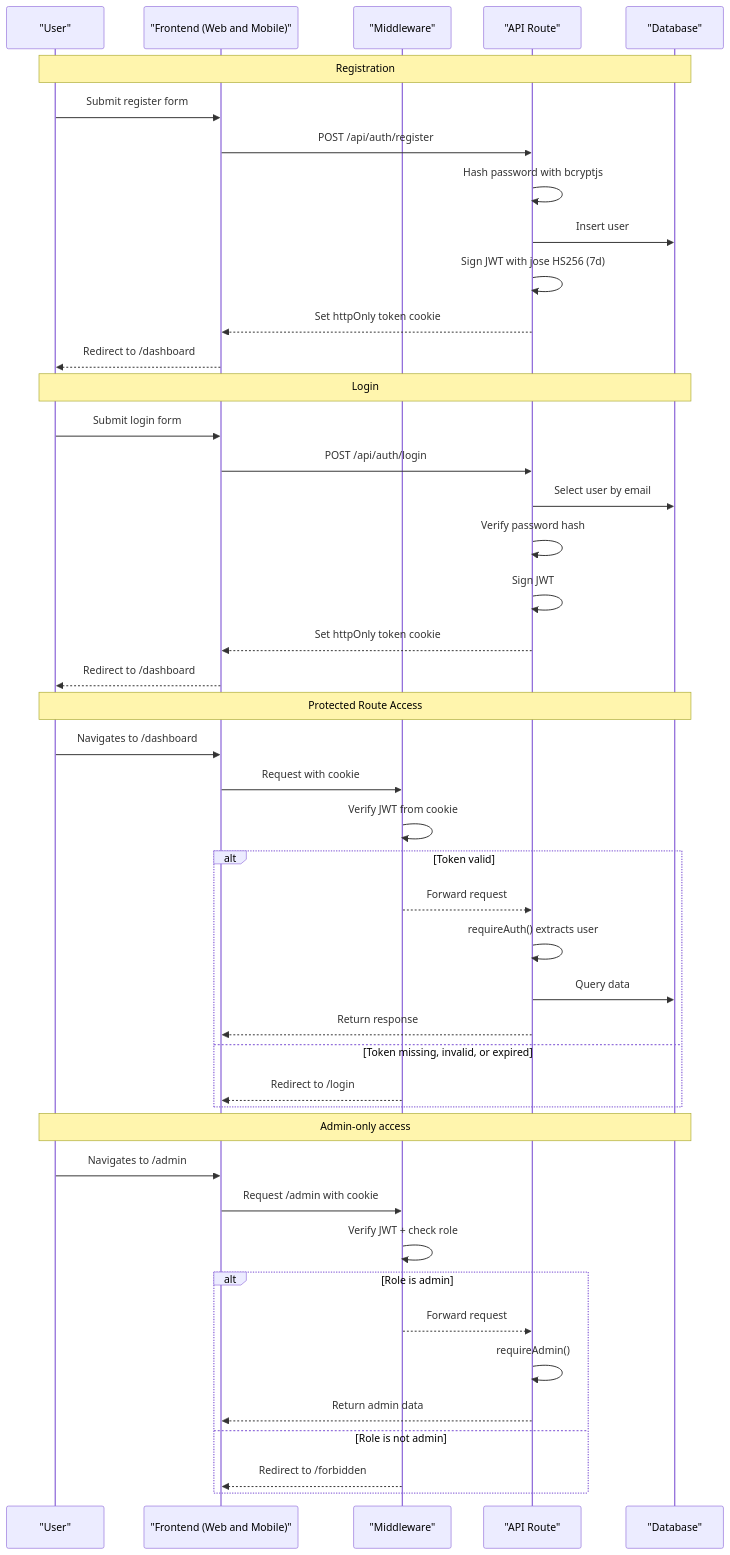
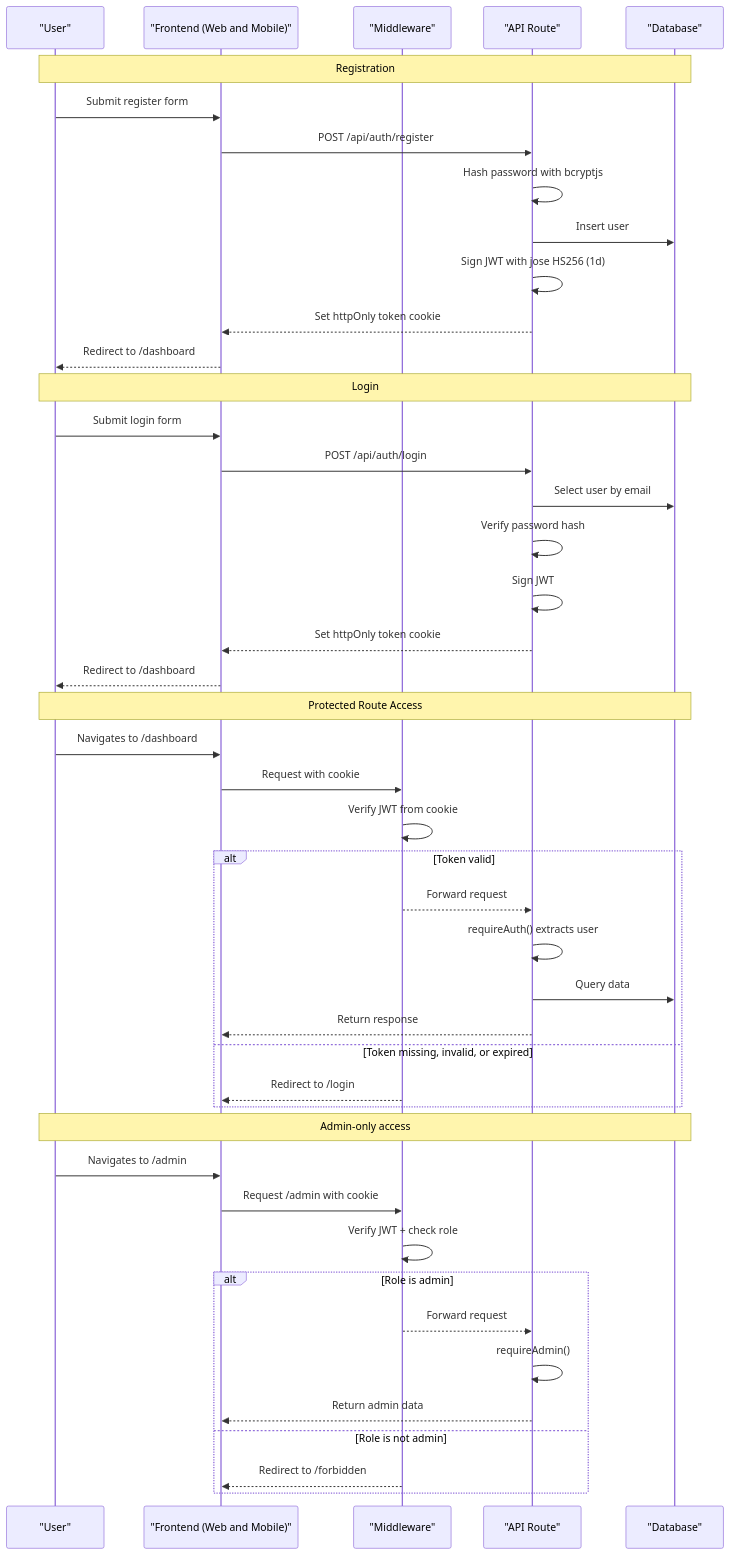
Before and after one commit to mariva565/mariva565-full-stack-ai-capstone: the second of 4 diagrams in README.md, drawn with Mermaid. The commit also changed other lines of this file and 16 other files, not shown here.

````diff
--- a/README.md
+++ b/README.md
@@ -230,51 +230,51 @@
 ```mermaid
 sequenceDiagram
     participant U as "User"
     participant F as "Frontend (Web and Mobile)"
     participant M as "Middleware"
     participant A as "API Route"
     participant D as "Database"
 
     Note over U,D: Registration
     U->>F: Submit register form
     F->>A: POST /api/auth/register
     A->>A: Hash password with bcryptjs
     A->>D: Insert user
-    A->>A: Sign JWT with jose HS256 (7d)
+    A->>A: Sign JWT with jose HS256 (1d)
     A-->>F: Set httpOnly token cookie
     F-->>U: Redirect to /dashboard
 
     Note over U,D: Login
     U->>F: Submit login form
     F->>A: POST /api/auth/login
     A->>D: Select user by email
     A->>A: Verify password hash
     A->>A: Sign JWT
     A-->>F: Set httpOnly token cookie
     F-->>U: Redirect to /dashboard
 
     Note over U,D: Protected Route Access
     U->>F: Navigates to /dashboard
     F->>M: Request with cookie
     M->>M: Verify JWT from cookie
     alt Token valid
         M-->>A: Forward request
         A->>A: requireAuth() extracts user
         A->>D: Query data
         A-->>F: Return response
     else Token missing, invalid, or expired
         M-->>F: Redirect to /login
     end
 
     Note over U,D: Admin-only access
     U->>F: Navigates to /admin
     F->>M: Request /admin with cookie
     M->>M: Verify JWT + check role
     alt Role is admin
         M-->>A: Forward request
         A->>A: requireAdmin()
         A-->>F: Return admin data
     else Role is not admin
         M-->>F: Redirect to /forbidden
     end
 ```
````
